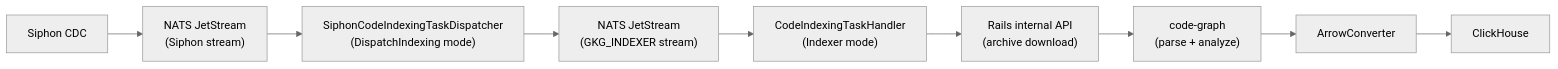
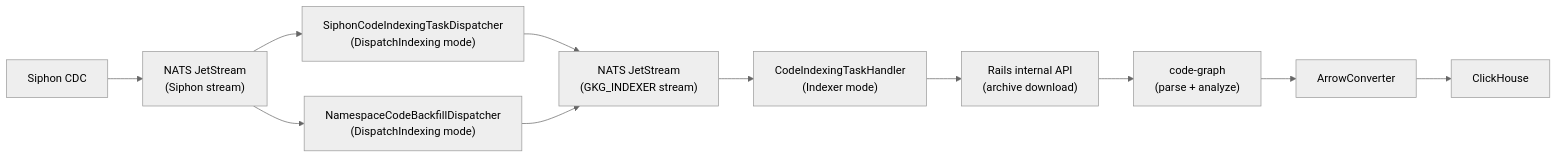
One commit to gitlabhq/orbit-knowledge-graph changed the second of 3 diagrams in docs/design-documents/indexing/code_indexing.md. Above: the diagram before and after it, drawn with Mermaid (neutral theme). The commit also changed other lines of this file and 1 other file, not shown here.

First line of the commit message:
docs(indexing): update code_indexing.md for namespace backfill dispatcher

````diff
--- a/docs/design-documents/indexing/code_indexing.md
+++ b/docs/design-documents/indexing/code_indexing.md
@@ -88,11 +88,13 @@
 ```mermaid
 graph LR
     Siphon["Siphon CDC"] --> ExtNATS["NATS JetStream<br/>(Siphon stream)"]
     ExtNATS --> Dispatcher["SiphonCodeIndexingTaskDispatcher<br/>(DispatchIndexing mode)"]
+    ExtNATS --> Backfill["NamespaceCodeBackfillDispatcher<br/>(DispatchIndexing mode)"]
     Dispatcher --> IntNATS["NATS JetStream<br/>(GKG_INDEXER stream)"]
+    Backfill --> IntNATS
     IntNATS --> Handler["CodeIndexingTaskHandler<br/>(Indexer mode)"]
     Handler --> Rails["Rails internal API<br/>(archive download)"]
     Rails --> CodeGraph["code-graph<br/>(parse + analyze)"]
     CodeGraph --> Arrow["ArrowConverter"]
     Arrow --> ClickHouse["ClickHouse"]
 ```
````
